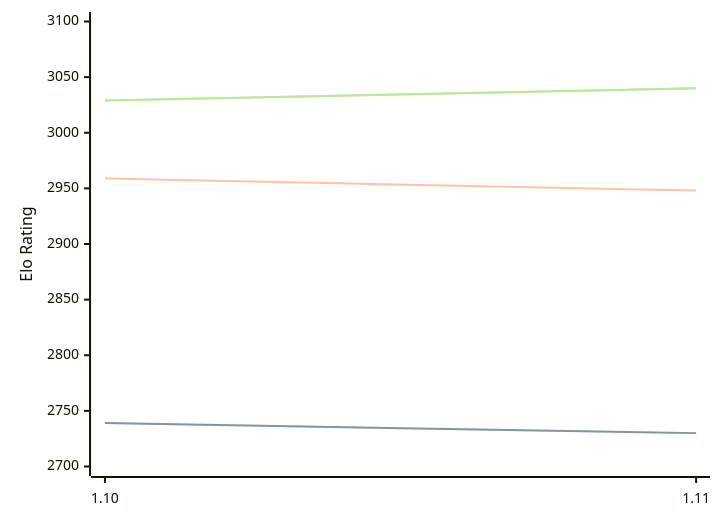
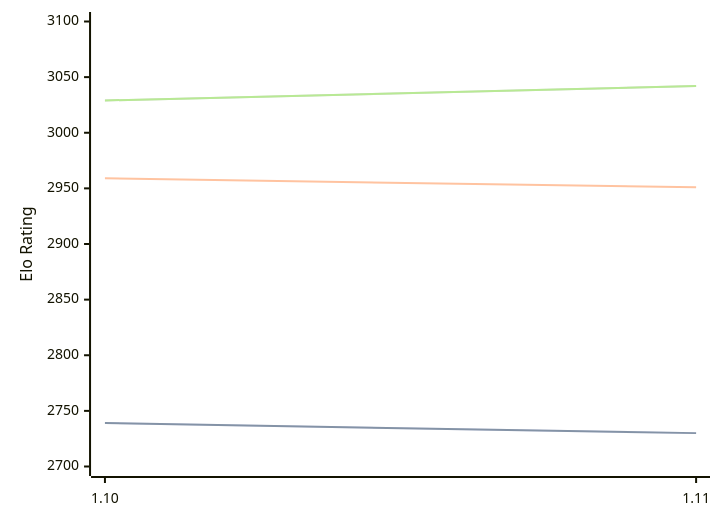
Before and after one commit to computer-chess-index/cci: the diagram in engines/Roc.md, drawn with Mermaid. The commit also changed other lines of this file, not shown here.

Commit message:
Update CCI Ratings (ELO VLTC) - 2026-09-10

````diff
--- a/engines/Roc.md
+++ b/engines/Roc.md
@@ -42,11 +42,11 @@
 ```mermaid
 %%{init: {"theme":"base","themeVariables":{"seriesColors:['#a3a3a3','#222221','#faa371']}}}%%
 xychart-beta
   x-axis ["1.10", "1.11"]
   y-axis "Elo Rating" 2700 --> 3100
   line "" [2739, 2730]
   line "STC (8.0+0.08s)" [2739, 2730]
-  line "LTC (60.0+0.60s)" [2959, 2948]
-  line "" [3029, 3040]
-  line "VLTC (2m24s+1.12s)" [3029, 3040]
+  line "LTC (60.0+0.60s)" [2959, 2951]
+  line "" [3029, 3042]
+  line "VLTC (2m24s+1.12s)" [3029, 3042]
 ```
````
